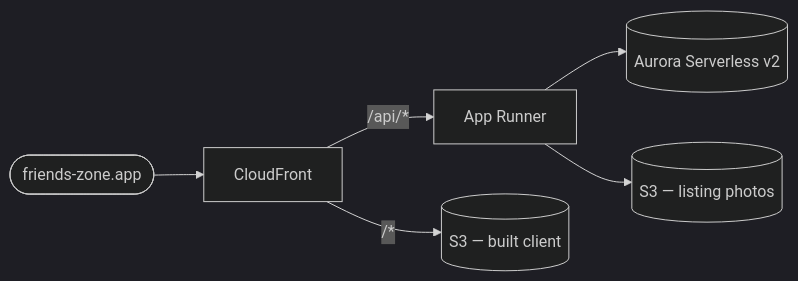
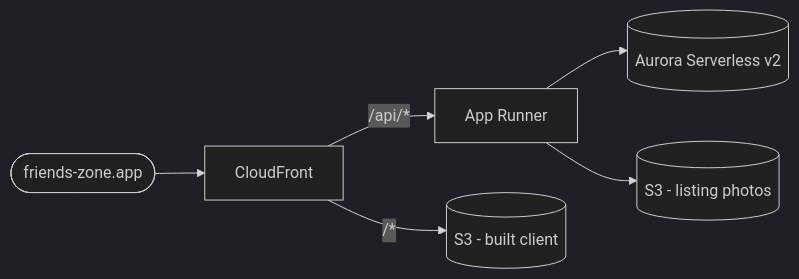
Before and after one commit to brian-summers/FriendsZone: the diagram in docs/playbooks/deploy-on-aws.md, drawn with Mermaid (dark theme). The commit also changed other lines of this file and 175 other files, not shown here.

````diff
--- a/docs/playbooks/deploy-on-aws.md
+++ b/docs/playbooks/deploy-on-aws.md
@@ -7,8 +7,8 @@
 ```mermaid
 flowchart LR
     dns(["friends-zone.app"]) --> cf["CloudFront"]
     cf -->|"/api/*"| app["App Runner"]
-    cf -->|"/*"| web[("S3 — built client")]
+    cf -->|"/*"| web[("S3 - built client")]
     app --> db[("Aurora Serverless v2")]
-    app --> photos[("S3 — listing photos")]
+    app --> photos[("S3 - listing photos")]
 ```
````
